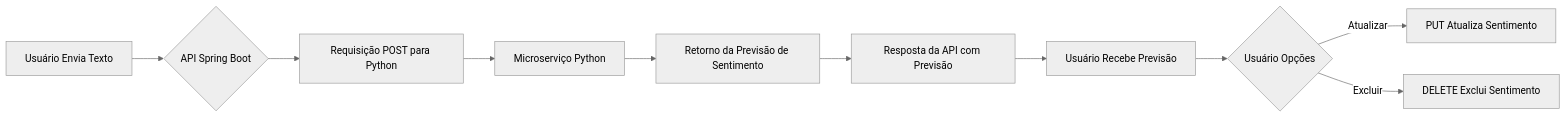
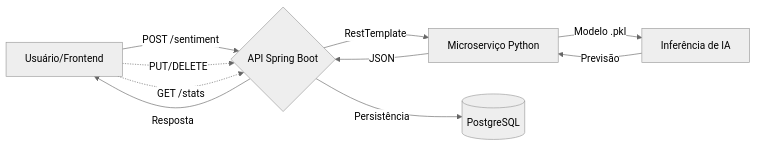
Before and after one commit to ORGHackathons/hackathonONE: the diagram in README.md, drawn with Mermaid (neutral theme). The commit also changed other lines of this file and 72 other files, not shown here.

````diff
--- a/README.md
+++ b/README.md
@@ -65,12 +65,15 @@
  ```mermaid
 graph LR
-    A[Usuário Envia Texto] --> B{API Spring Boot}
-    B --> C[Requisição POST para Python]
-    C --> D[Microserviço Python]
-    D --> E[Retorno da Previsão de Sentimento]
-    E --> F[Resposta da API com Previsão]
-    F --> G[Usuário Recebe Previsão]
-    G --> H{Usuário Opções}
-    H -->|Atualizar| I[PUT Atualiza Sentimento]
-    H -->|Excluir| J[DELETE Exclui Sentimento]
-```
+    A[Usuário/Frontend] -->|POST /sentiment| B{API Spring Boot}
+    B -->|RestTemplate| C[Microserviço Python]
+    C -->|Modelo .pkl| D[Inferência de IA]
+    D -->|Previsão| C
+    C -->|JSON| B
+    B -->|Persistência| E[(PostgreSQL)]
+    B -->|Resposta| A
+    
+    A -.->|PUT/DELETE| B
+    A -.->|GET /stats| B
+    
+
+ ```
````
